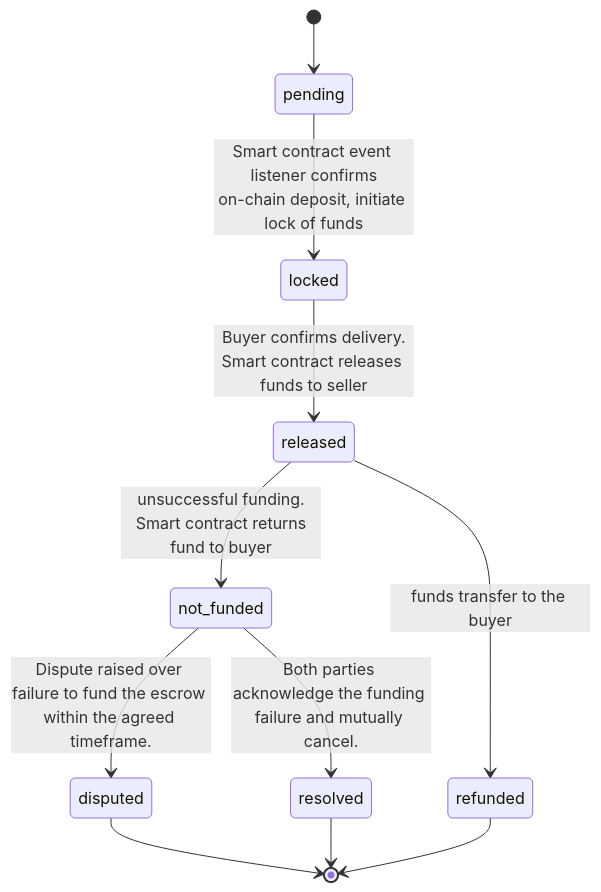
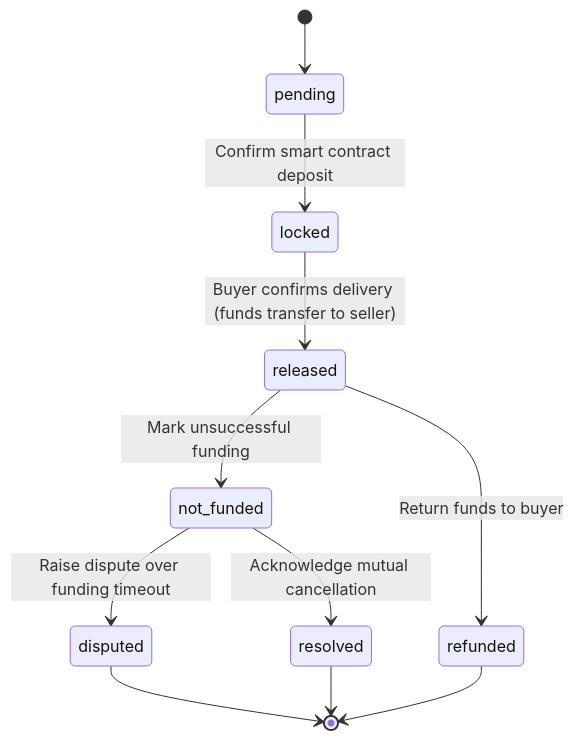
One commit to hyperstack-labs/byreixwift changed the second of 2 diagrams in docs/BACKEND_ARCHITECTURE.md. Above: the diagram before and after it, drawn with Mermaid. The commit also changed other lines of this file and 8 other files, not shown here.

````diff
--- a/docs/BACKEND_ARCHITECTURE.md
+++ b/docs/BACKEND_ARCHITECTURE.md
@@ -31,18 +35,17 @@
 ```mermaid
 stateDiagram-v2
    [*] --> pending
 
-   pending --> locked : Smart contract event listener confirms<br/>on-chain deposit, initiate lock of funds
+   pending --> locked : Confirm smart contract deposit
    
-   locked --> released : Buyer confirms delivery.<br/>Smart contract releases funds to seller
-   released --> refunded : funds transfer to the buyer
+   locked --> released : Buyer confirms delivery (funds transfer to seller)
+   released --> refunded : Return funds to buyer
 
-   released --> not_funded : unsuccessful funding.<br/> Smart contract returns fund to buyer
-
-   not_funded --> disputed : Dispute raised over failure to fund the escrow within the agreed timeframe.
-   not_funded --> resolved : Both parties acknowledge the funding failure and mutually cancel.
+   released --> not_funded : Mark unsuccessful funding
+   not_funded --> disputed : Raise dispute over funding timeout
+   not_funded --> resolved : Acknowledge mutual cancellation
 
    disputed --> [*]
    resolved --> [*]
    refunded --> [*]
 ```
````
